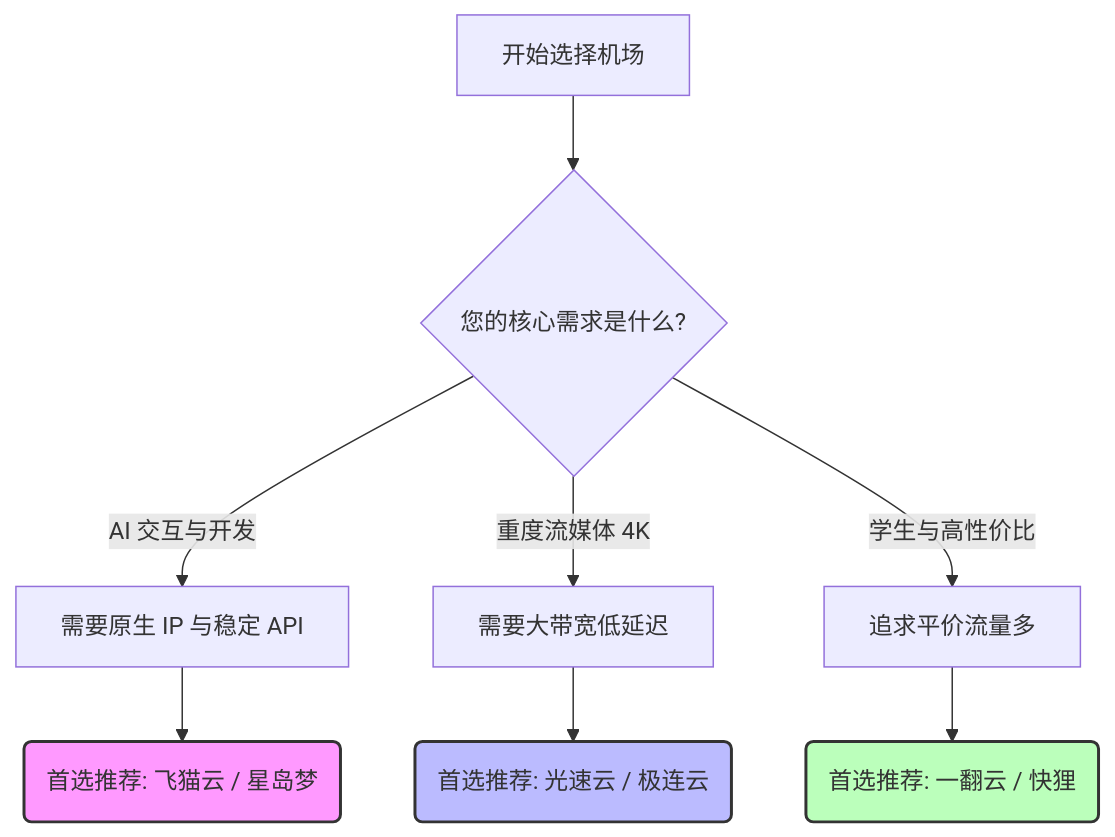
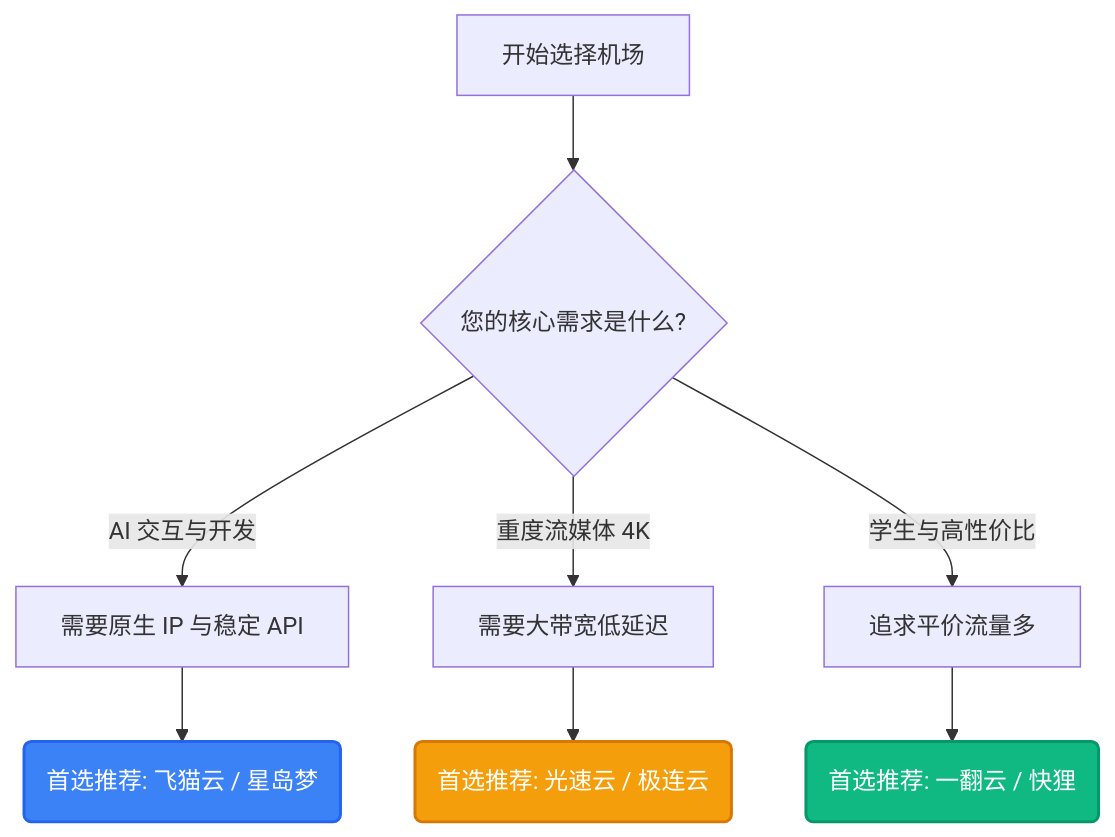
The diagram in README.md (Siew0909/2026-jichang-tuijian), drawn with Mermaid before and after one commit. The commit also changed other lines of this file, not shown here.

Commit message:
style: Use colored emoji markdown table for bar chart and update flowchart colors to match brand theme

````diff
--- a/README.md
+++ b/README.md
@@ -62,15 +66,15 @@
 ```mermaid
 graph TD
     A[开始选择机场] --> B{您的核心需求是什么?}
     B -->|AI 交互与开发| C[需要原生 IP 与稳定 API]
     B -->|重度流媒体 4K| D[需要大带宽低延迟]
     B -->|学生与高性价比| E[追求平价流量多]
     
     C --> F(首选推荐: 飞猫云 / 星岛梦)
     D --> G(首选推荐: 光速云 / 极连云)
     E --> H(首选推荐: 一翻云 / 快狸)
     
-    style F fill:#f9f,stroke:#333,stroke-width:2px
-    style G fill:#bbf,stroke:#333,stroke-width:2px
-    style H fill:#bfb,stroke:#333,stroke-width:2px
+    style F fill:#3b82f6,color:#fff,stroke:#2563eb,stroke-width:2px
+    style G fill:#f59e0b,color:#fff,stroke:#d97706,stroke-width:2px
+    style H fill:#10b981,color:#fff,stroke:#059669,stroke-width:2px
 ```
````
